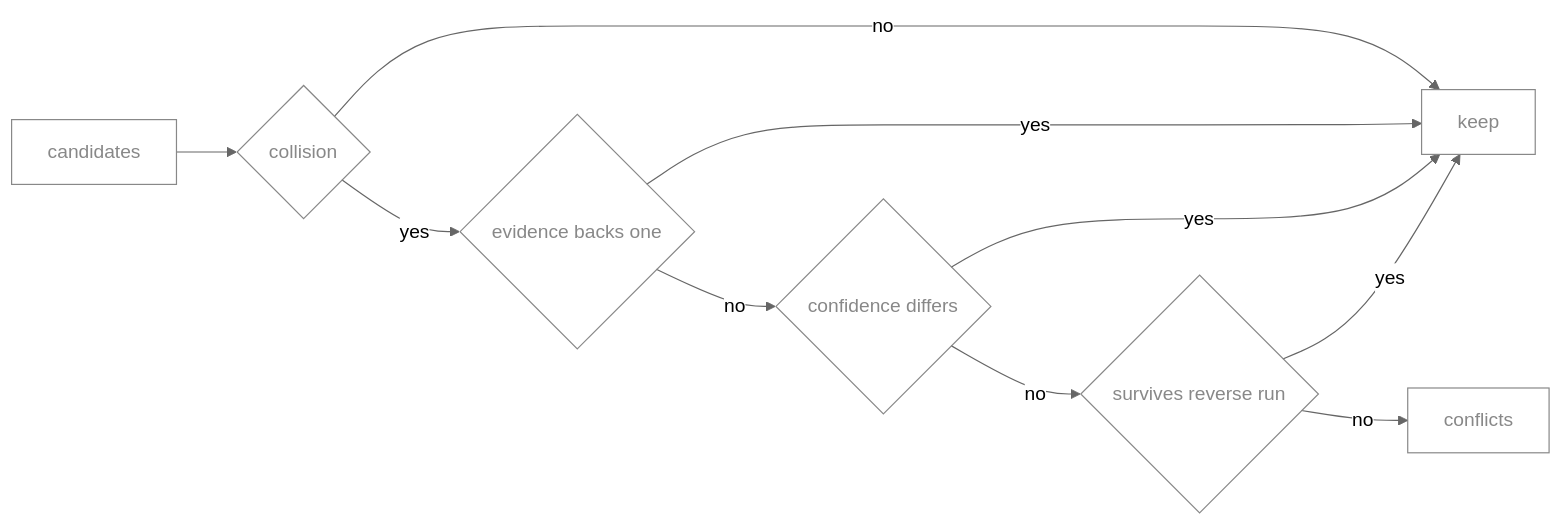
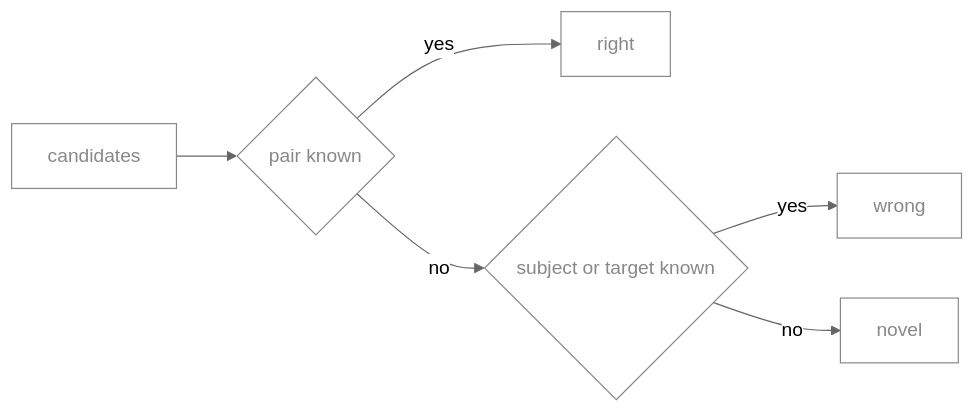
One commit to HarshitSoni1903/mapnet changed the fifth of 6 diagrams in design/design.md. Above: the diagram before and after it, drawn with Mermaid (neutral theme). The commit also changed other lines of this file and 11 other files, not shown here.

````diff
--- a/design/design.md
+++ b/design/design.md
@@ -145,14 +144,10 @@
 ```mermaid
 flowchart LR
-    A[candidates] --> B{collision}
-    B -->|no| K[keep]
-    B -->|yes| E{evidence backs one}
-    E -->|no| C{confidence differs}
-    C -->|no| V{survives reverse run}
-    V -->|no| G[conflicts]
-    E -->|yes| K
-    C -->|yes| K
-    V -->|yes| K
+    A[candidates] --> P{pair known}
+    P -->|yes| R[right]
+    P -->|no| E{subject or target known}
+    E -->|yes| W[wrong]
+    E -->|no| N[novel]
 
     classDef default fill:transparent,stroke:#888888,color:#888888
 ```
````
